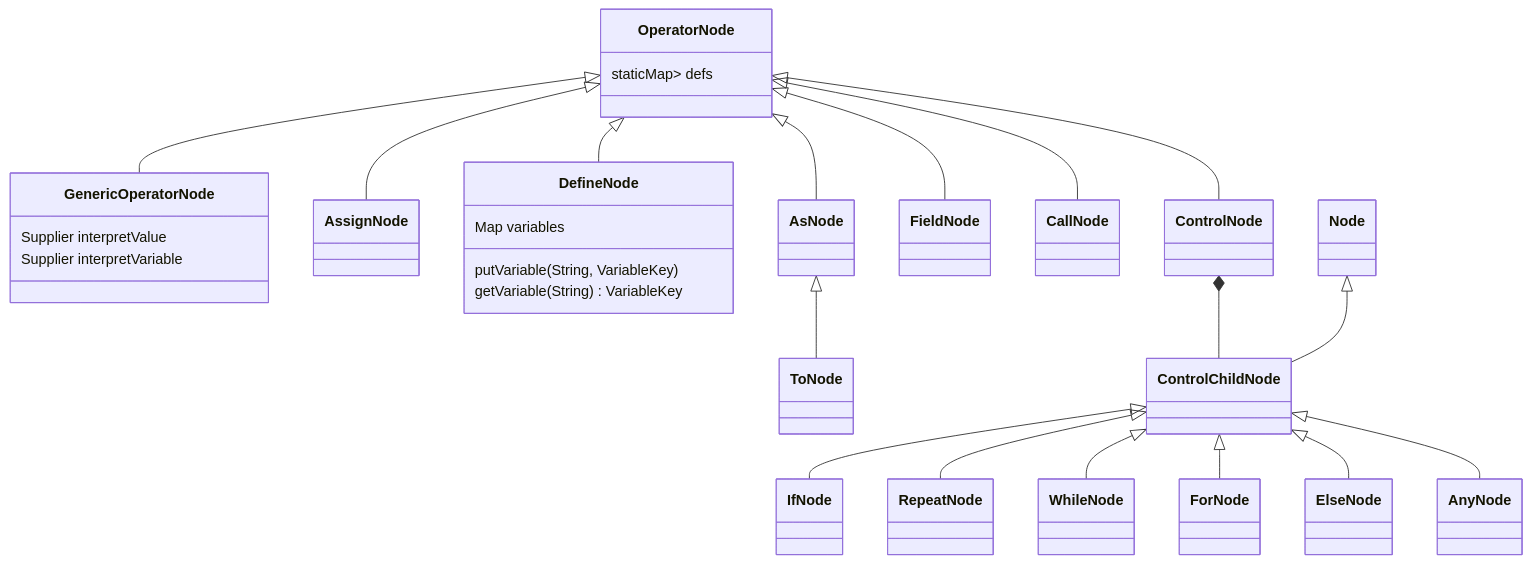
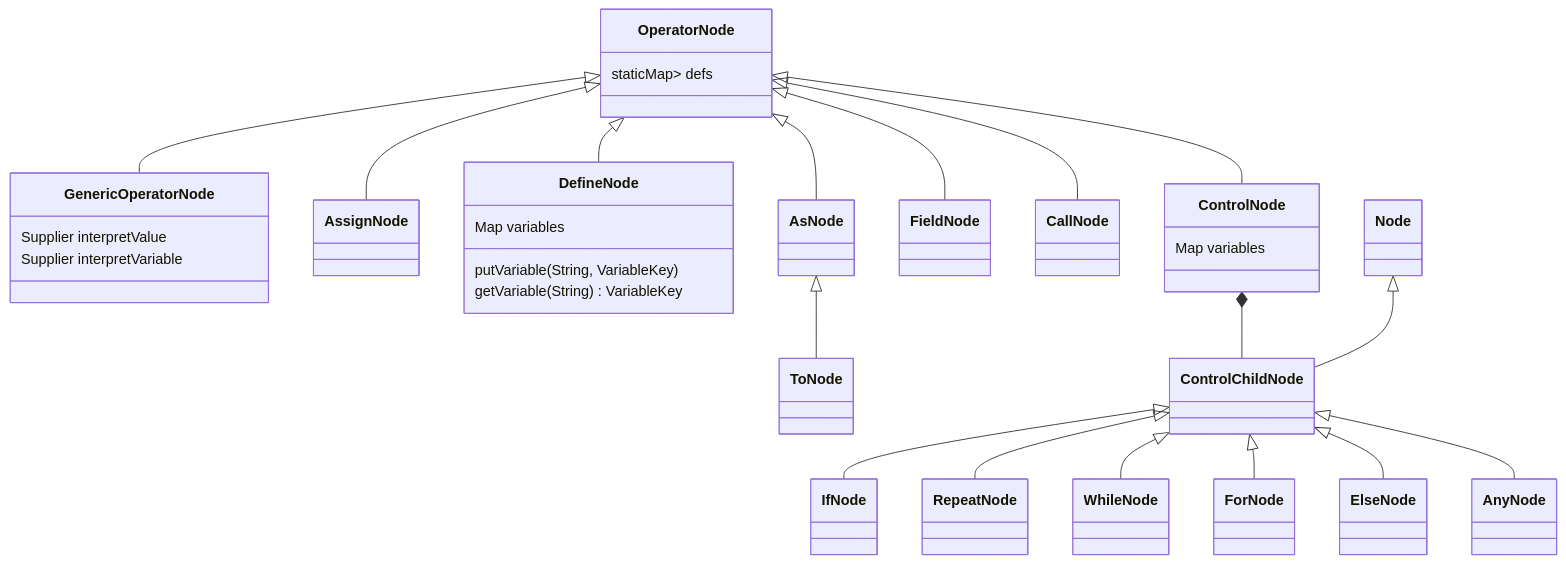
The third of 5 diagrams in Implementation.md (Jzhyang1/Monomer), drawn with Mermaid before and after one commit. The commit also changed other lines of this file, not shown here.

````diff
--- a/Implementation.md
+++ b/Implementation.md
@@ -150,28 +150,30 @@
 ```mermaid
 classDiagram
 OperatorNode <|-- GenericOperatorNode
 OperatorNode <|-- AssignNode
 OperatorNode <|-- DefineNode
 OperatorNode <|-- AsNode
 AsNode <|-- ToNode
 OperatorNode <|-- FieldNode
 OperatorNode <|-- CallNode
 OperatorNode <|-- ControlNode
 ControlNode *-- ControlChildNode
 Node <|-- ControlChildNode
 ControlChildNode <|-- IfNode
 ControlChildNode <|-- RepeatNode
 ControlChildNode <|-- WhileNode
 ControlChildNode <|-- ForNode
 ControlChildNode <|-- ElseNode
 ControlChildNode <|-- AnyNode
 
 OperatorNode: staticMap<String,Supplier<OperatorNode>> defs
 
 GenericOperatorNode: Supplier<InterpretValue> interpretValue
 GenericOperatorNode: Supplier<InterpretVariable> interpretVariable
 
 DefineNode: Map<String,VariableKey> variables
 DefineNode: putVariable(String, VariableKey)
 DefineNode: getVariable(String) VariableKey
+
+ControlNode: Map<String,VariableKey> variables
 ```
````
